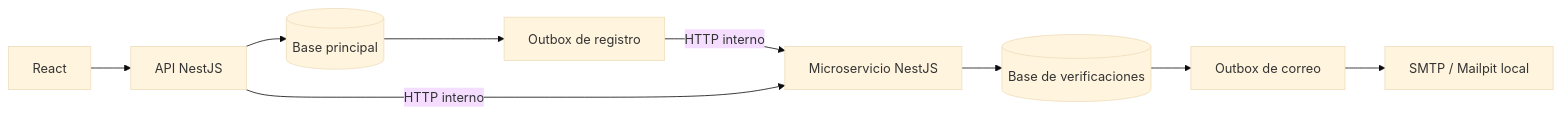
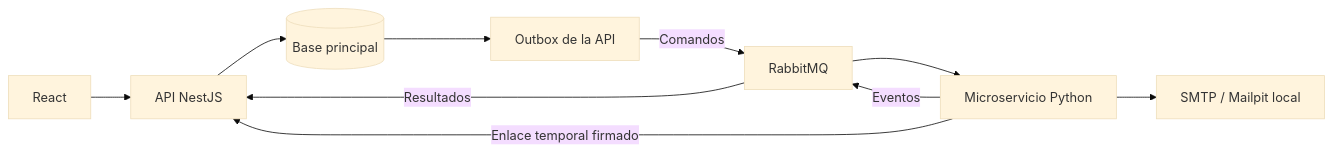
One commit to jhennyquispettc-ux/peak-paz changed the diagram in README.md. Above: the diagram before and after it, drawn with Mermaid (base theme). The commit also changed other lines of this file and 31 other files, not shown here.

````diff
--- a/README.md
+++ b/README.md
@@ -79,11 +80,12 @@
 ```mermaid
 flowchart LR
   Web[React] --> API[API NestJS]
   API --> MainDB[(Base principal)]
-  MainDB --> RegistrationOutbox[Outbox de registro]
-  RegistrationOutbox -->|HTTP interno| Verification[Microservicio NestJS]
-  API -->|HTTP interno| Verification
-  Verification --> VerificationDB[(Base de verificaciones)]
-  VerificationDB --> MailOutbox[Outbox de correo]
-  MailOutbox --> SMTP[SMTP / Mailpit local]
+  MainDB --> Outbox[Outbox de la API]
+  Outbox -->|Comandos| RabbitMQ[RabbitMQ]
+  RabbitMQ --> Python[Microservicio Python]
+  Python -->|Eventos| RabbitMQ
+  RabbitMQ -->|Resultados| API
+  Python -->|Enlace temporal firmado| API
+  Python --> SMTP[SMTP / Mailpit local]
 ```
````
